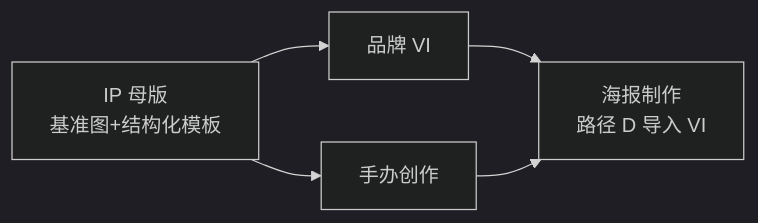
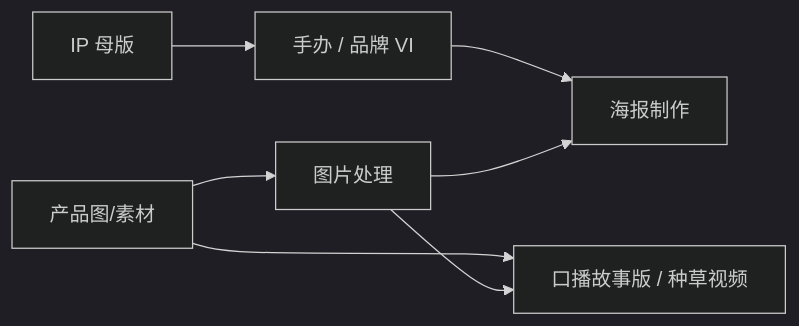
One commit to priceLiu/book-mall changed the diagram in docs/电商品牌创作-使用说明.md. Above: the diagram before and after it, drawn with Mermaid (dark theme). The commit also changed other lines of this file and 292 other files, not shown here.

````diff
--- a/docs/电商品牌创作-使用说明.md
+++ b/docs/电商品牌创作-使用说明.md
@@ -26,7 +29,9 @@
 ```mermaid
 flowchart LR
-  A[IP 母版<br/>基准图+结构化模板] --> B[手办创作]
-  A --> C[品牌 VI]
-  C --> D[海报制作<br/>路径 D 导入 VI]
-  B --> D
+  A[IP 母版] --> B[手办 / 品牌 VI]
+  B --> C[海报制作]
+  D[产品图/素材] --> E[口播故事版 / 种草视频]
+  D --> F[图片处理]
+  F --> C
+  F --> E
 ```
````
